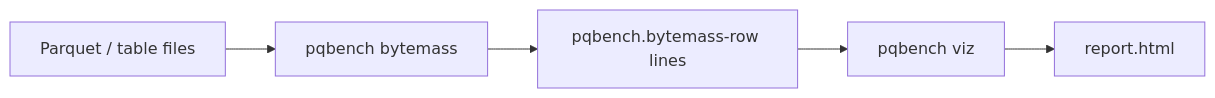
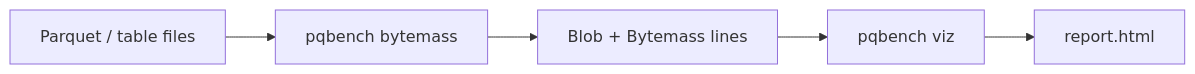
The diagram in docs/viz.md (pqbench/pqbench), drawn with Mermaid before and after one commit. The commit also changed other lines of this file and 77 other files, not shown here.

First line of the commit message:
refactor(bytemass): emit the v1 model, drop the bespoke row types (#137)

````diff
--- a/docs/viz.md
+++ b/docs/viz.md
@@ -15,7 +16,7 @@
 ```mermaid
 flowchart LR
     files[Parquet / table files] --> bytemass[pqbench bytemass]
-    bytemass --> stream["pqbench.bytemass-row lines"]
+    bytemass --> stream["Blob + Bytemass lines"]
     stream --> viz[pqbench viz]
     viz --> html[report.html]
 ```
````
